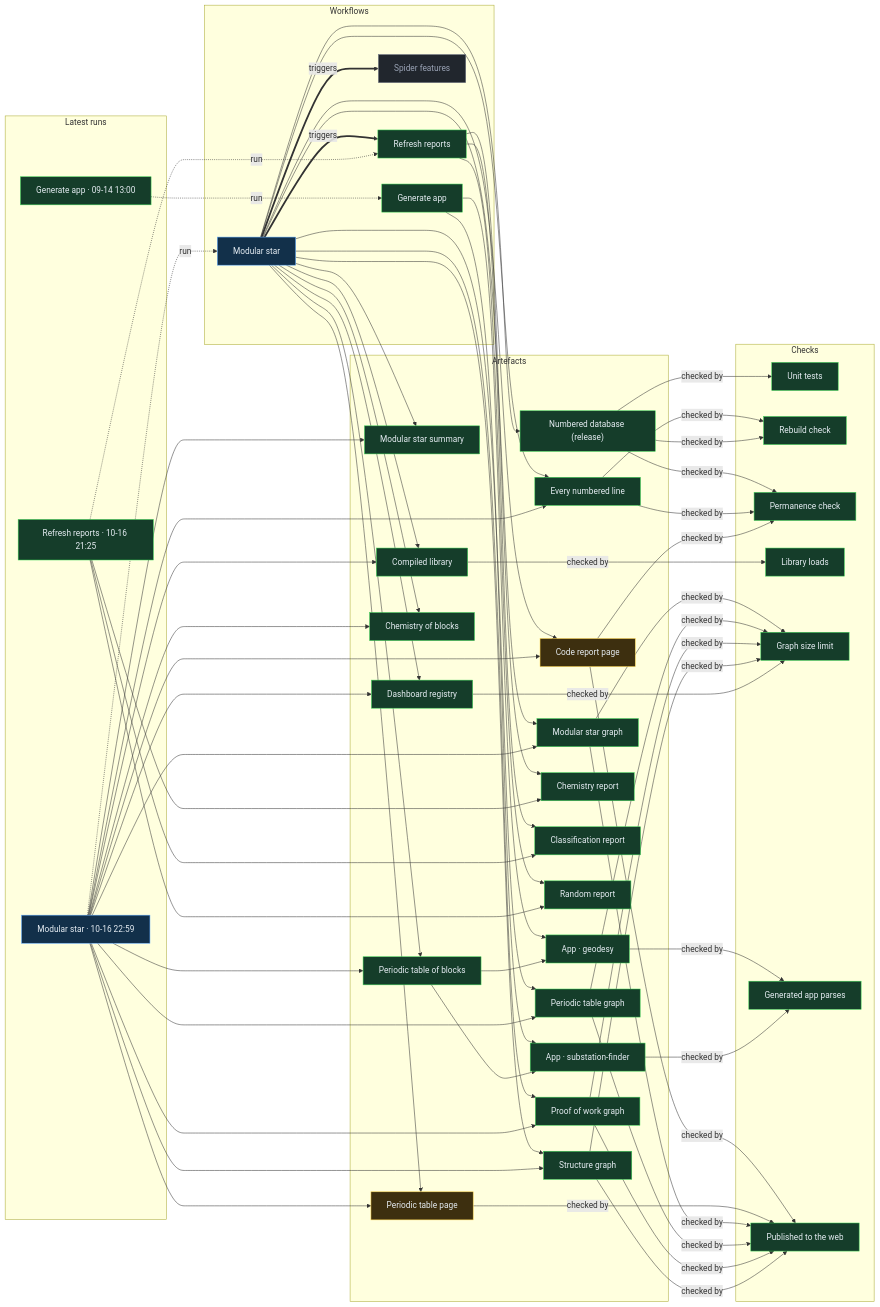
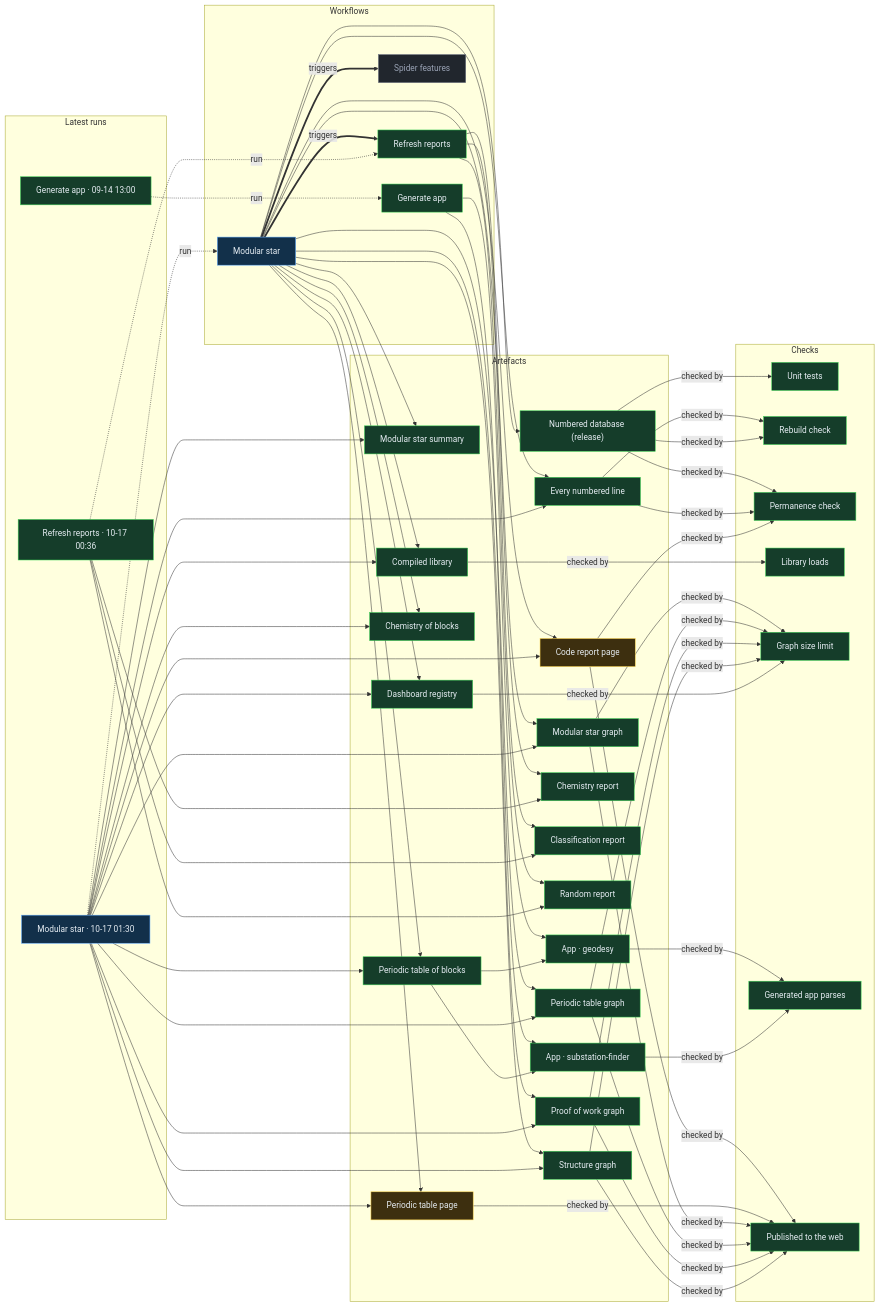
The diagram in proof/PROOF.md (Ventusltd/stars), drawn with Mermaid before and after one commit. The commit also changed other lines of this file and 33 other files, not shown here.

Commit message:
Modular star 2026-10-17T01:32Z

```diff
--- a/proof/PROOF.md
+++ b/proof/PROOF.md
@@ -24,8 +24,8 @@
   n_wf_spider_features["Spider features"]:::off
   end
   subgraph g_runs["Latest runs"]
-  n_run_38978956951["Modular star · 10-16 22:59"]:::live
-  n_run_38969274542["Refresh reports · 10-16 21:25"]:::ok
+  n_run_38991148814["Modular star · 10-17 01:30"]:::live
+  n_run_38987168255["Refresh reports · 10-17 00:36"]:::ok
   n_run_34846587798["Generate app · 09-14 13:00"]:::ok
   end
   subgraph g_artefacts["Artefacts"]
@@ -59,39 +59,39 @@
   end
   n_wf_modular_star == triggers ==> n_wf_refresh
   n_wf_modular_star == triggers ==> n_wf_spider_features
-  n_run_38978956951 -. run .-> n_wf_modular_star
-  n_run_38969274542 -. run .-> n_wf_refresh
+  n_run_38991148814 -. run .-> n_wf_modular_star
+  n_run_38987168255 -. run .-> n_wf_refresh
   n_run_34846587798 -. run .-> n_wf_generate
   n_wf_modular_star --> n_art_summary
-  n_run_38978956951 --> n_art_summary
+  n_run_38991148814 --> n_art_summary
   n_wf_modular_star --> n_art_lines
-  n_run_38978956951 --> n_art_lines
+  n_run_38991148814 --> n_art_lines
   n_wf_modular_star --> n_art_code
-  n_run_38978956951 --> n_art_code
+  n_run_38991148814 --> n_art_code
   n_wf_modular_star --> n_art_modular_graph
-  n_run_38978956951 --> n_art_modular_graph
+  n_run_38991148814 --> n_art_modular_graph
   n_wf_modular_star --> n_art_blocks
-  n_run_38978956951 --> n_art_blocks
+  n_run_38991148814 --> n_art_blocks
   n_wf_modular_star --> n_art_table
-  n_run_38978956951 --> n_art_table
+  n_run_38991148814 --> n_art_table
   n_wf_modular_star --> n_art_blocks_graph
-  n_run_38978956951 --> n_art_blocks_graph
+  n_run_38991148814 --> n_art_blocks_graph
   n_wf_modular_star --> n_art_reactions
-  n_run_38978956951 --> n_art_reactions
+  n_run_38991148814 --> n_art_reactions
   n_wf_modular_star --> n_art_library
-  n_run_38978956951 --> n_art_library
+  n_run_38991148814 --> n_art_library
   n_wf_modular_star --> n_art_features
-  n_run_38978956951 --> n_art_features
+  n_run_38991148814 --> n_art_features
   n_wf_modular_star --> n_art_proof
-  n_run_38978956951 --> n_art_proof
+  n_run_38991148814 --> n_art_proof
   n_wf_modular_star --> n_art_structure
-  n_run_38978956951 --> n_art_structure
+  n_run_38991148814 --> n_art_structure
   n_wf_refresh --> n_art_chemistry
-  n_run_38969274542 --> n_art_chemistry
+  n_run_38987168255 --> n_art_chemistry
   n_wf_refresh --> n_art_vedic
-  n_run_38969274542 --> n_art_vedic
+  n_run_38987168255 --> n_art_vedic
   n_wf_refresh --> n_art_random
-  n_run_38969274542 --> n_art_random
+  n_run_38987168255 --> n_art_random
   n_wf_modular_star --> n_art_release
   n_wf_generate --> n_app_geodesy
   n_art_blocks --> n_app_geodesy
```
